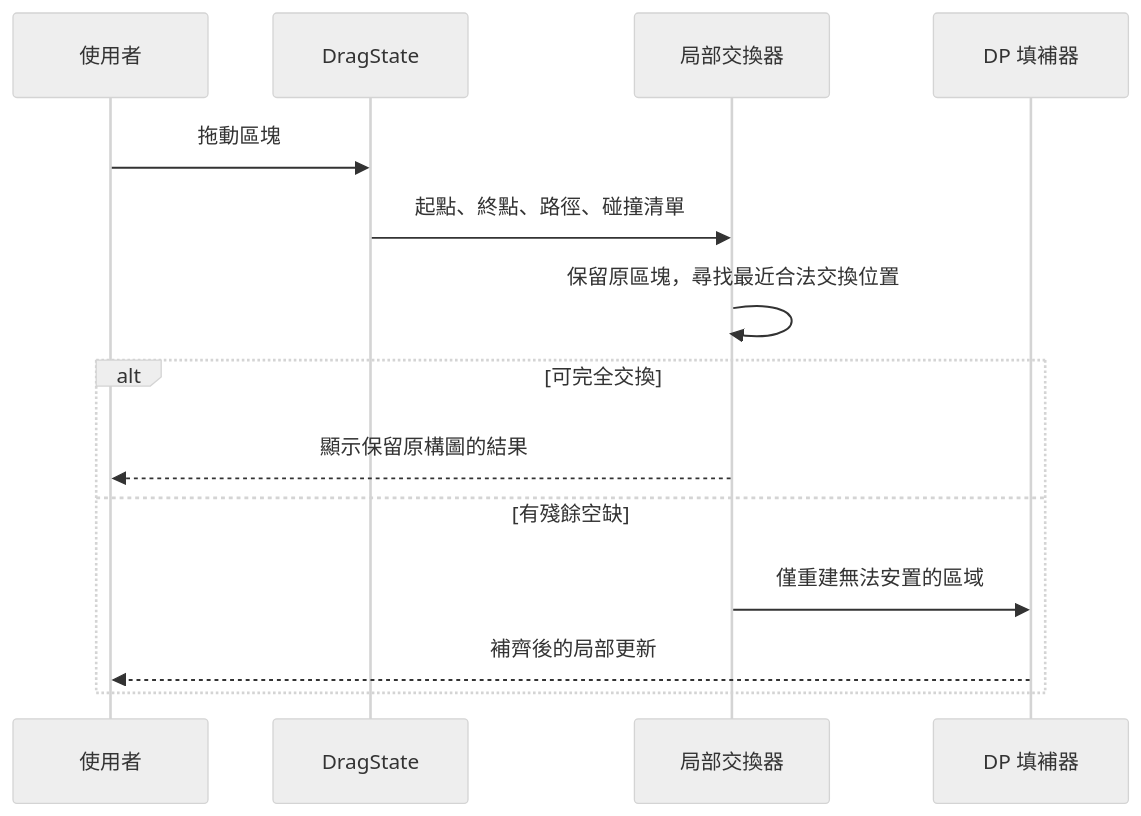
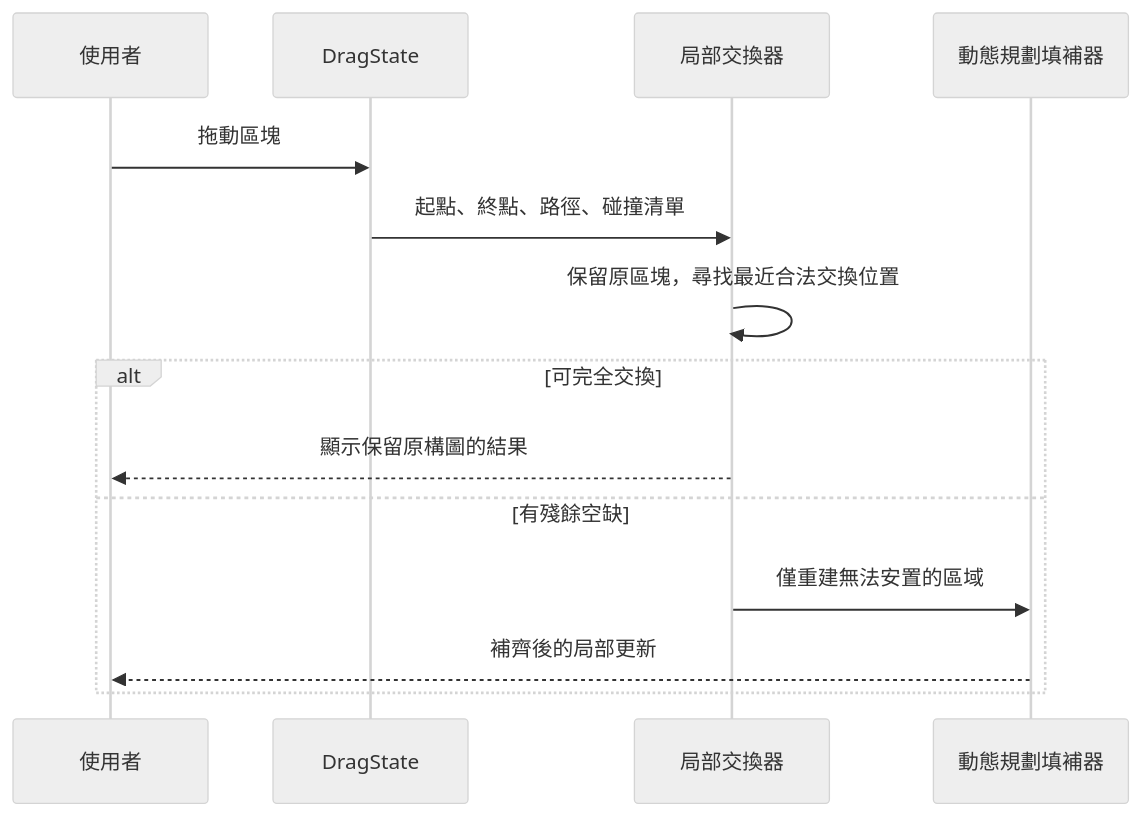
One commit to kent891026/destijl-design changed the third of 6 diagrams in README.md. Above: the diagram before and after it, drawn with Mermaid (neutral theme). The commit also changed other lines of this file and 3 other files, not shown here.

````diff
--- a/README.md
+++ b/README.md
@@ -198,16 +201,16 @@
 ```mermaid
 sequenceDiagram
     participant U as 使用者
     participant D as DragState
     participant X as 局部交換器
-    participant P as DP 填補器
+    participant P as 動態規劃填補器
     U->>D: 拖動區塊
     D->>X: 起點、終點、路徑、碰撞清單
     X->>X: 保留原區塊，尋找最近合法交換位置
     alt 可完全交換
         X-->>U: 顯示保留原構圖的結果
     else 有殘餘空缺
         X->>P: 僅重建無法安置的區域
         P-->>U: 補齊後的局部更新
     end
 ```
````
